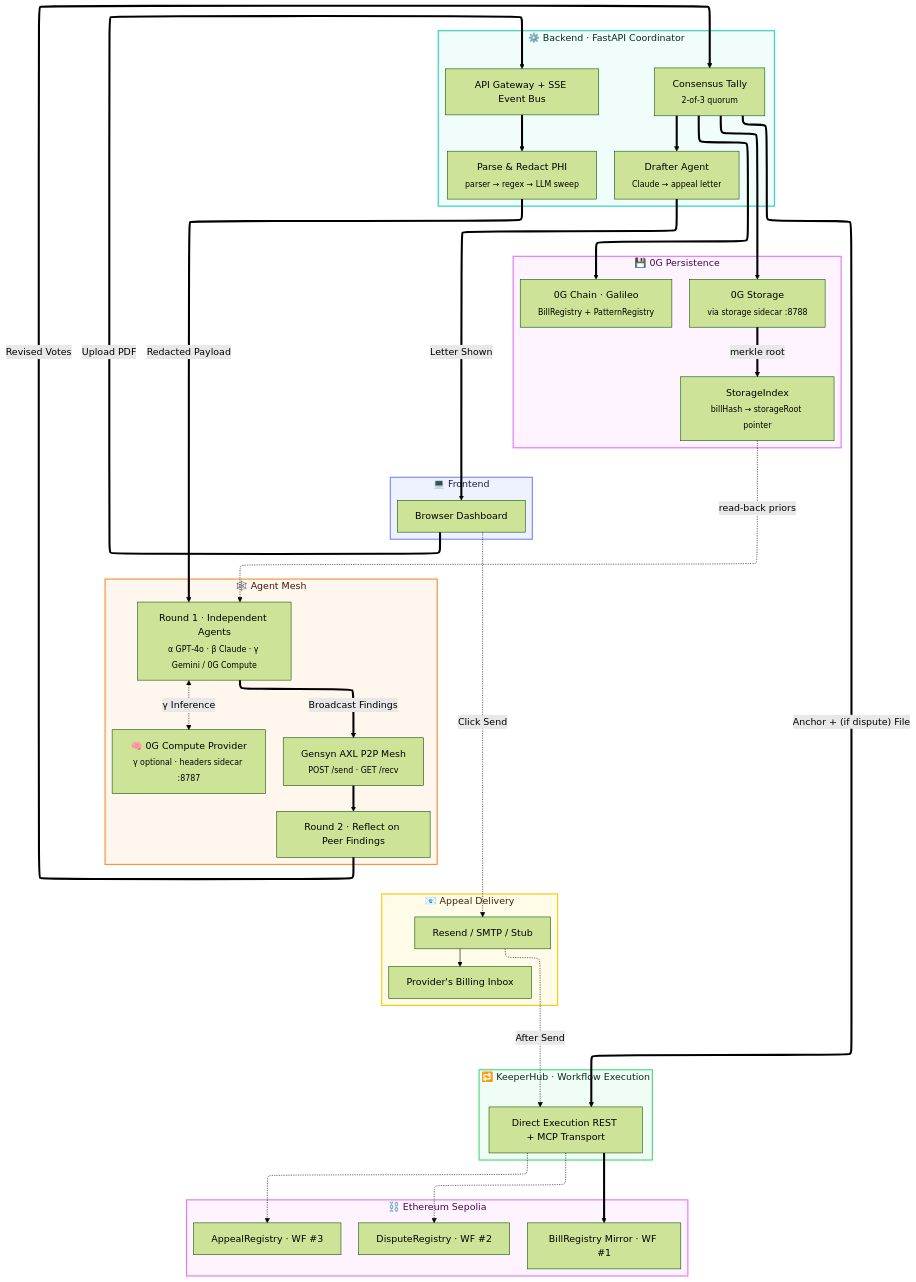
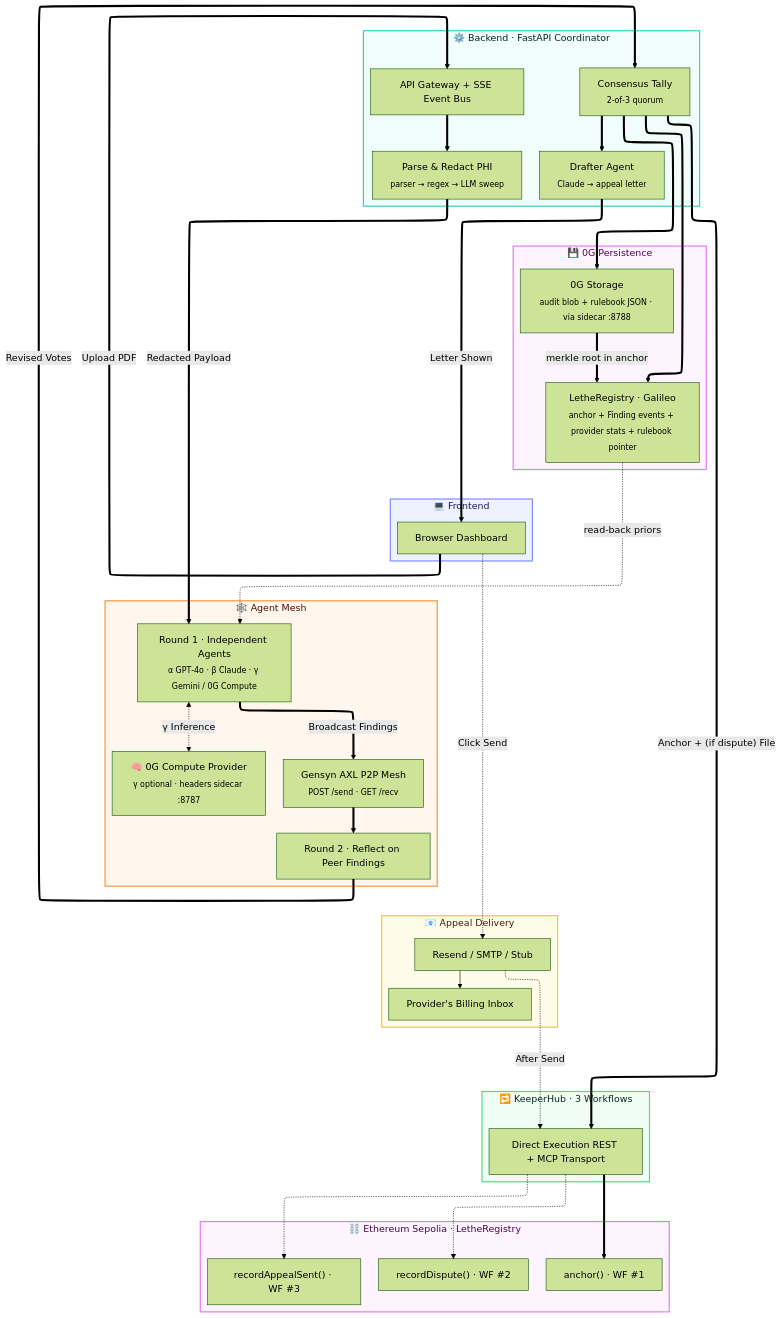
One commit to jhatch3/lethe- changed the diagram in README.md. Above: the diagram before and after it, drawn with Mermaid (forest theme). The commit also changed other lines of this file and 20 other files, not shown here.

First line of the commit message:
chore: remove 7 legacy contracts/sources, update frontend + README to LetheRegistry

```diff
--- a/README.md
+++ b/README.md
@@ -144,22 +144,21 @@
     %% === Subgraph: Persistence ===
     subgraph Persist["💾 0G Persistence"]
         direction TB
-        ZGChain["0G Chain · Galileo<br><sub>BillRegistry + PatternRegistry</sub>"]
-        ZGStorage["0G Storage<br><sub>via storage sidecar :8788</sub>"]
-        SXIndex["StorageIndex<br><sub>billHash → storageRoot pointer</sub>"]
+        ZGChain["LetheRegistry · Galileo<br><sub>anchor + Finding events + provider stats + rulebook pointer</sub>"]
+        ZGStorage["0G Storage<br><sub>audit blob + rulebook JSON · via sidecar :8788</sub>"]
     end
 
     %% === Subgraph: Execution Layer ===
-    subgraph Exec["🔁 KeeperHub · Workflow Execution"]
+    subgraph Exec["🔁 KeeperHub · 3 Workflows"]
         KH["Direct Execution REST + MCP Transport"]
     end
 
     %% === Subgraph: Ethereum ===
-    subgraph Sep["⛓️ Ethereum Sepolia"]
+    subgraph Sep["⛓️ Ethereum Sepolia · LetheRegistry"]
         direction TB
-        SepMirror["BillRegistry Mirror · WF #1"]
-        SepDispute["DisputeRegistry · WF #2"]
-        SepAppeal["AppealRegistry · WF #3"]
+        SepAnchor["anchor() · WF #1"]
+        SepDispute["recordDispute() · WF #2"]
+        SepAppeal["recordAppealSent() · WF #3"]
     end
 
     %% === Subgraph: Mail ===
@@ -179,9 +178,9 @@
 
     %% === Persistence fan-out from Tally ===
     Tally ==> ZGChain & ZGStorage
-    ZGStorage ==>|"merkle root"| SXIndex
-    SXIndex -.->|"read-back priors"| Round1
-    Tally ==>|"Anchor + (if dispute) File"| KH ==> SepMirror
+    ZGStorage ==>|"merkle root in anchor"| ZGChain
+    ZGChain -.->|"read-back priors"| Round1
+    Tally ==>|"Anchor + (if dispute) File"| KH ==> SepAnchor
     KH -.-> SepDispute & SepAppeal
 
     %% === User-initiated appeal send ===
```
